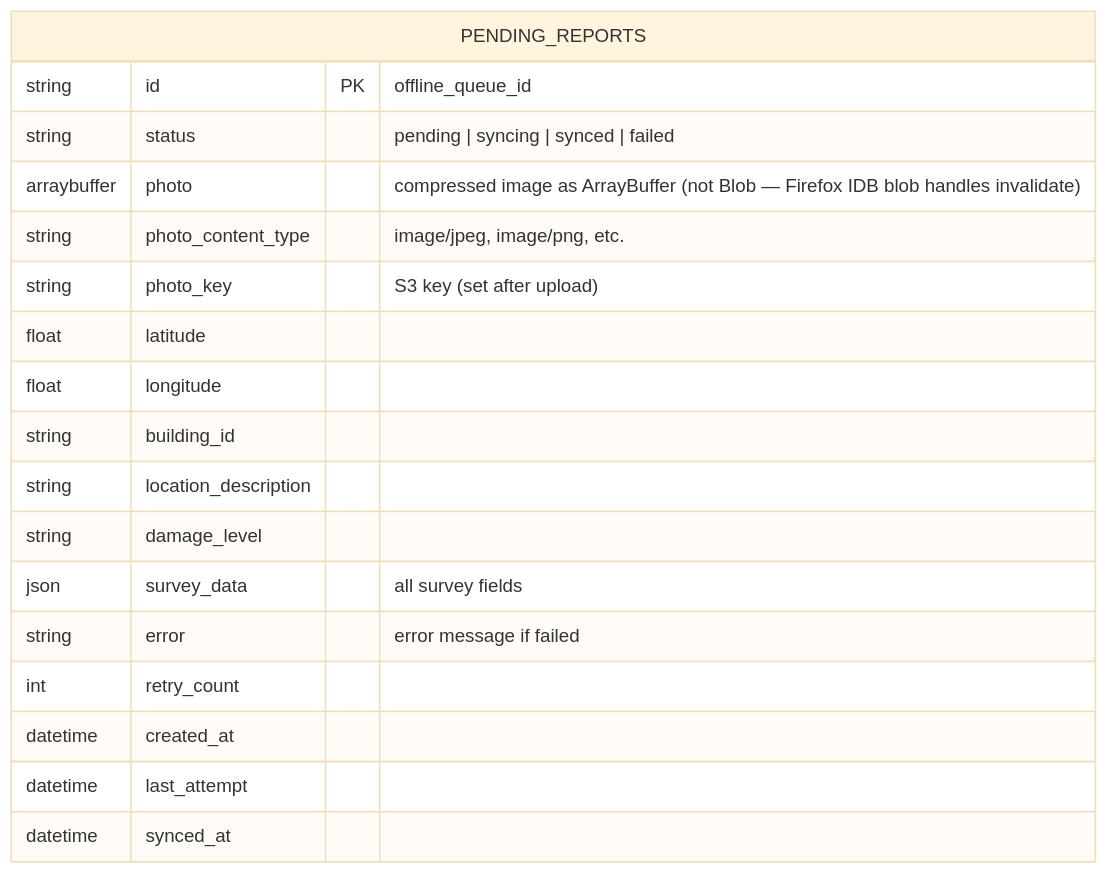
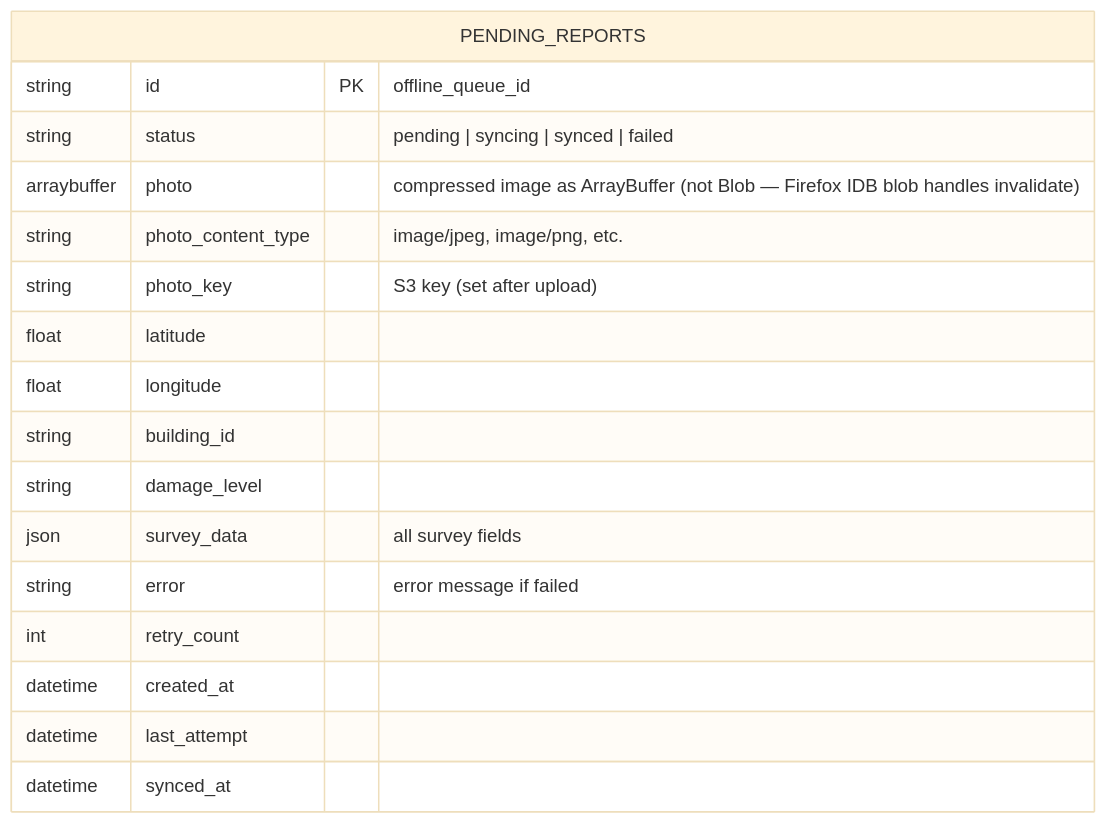
Before and after one commit to foad/terra: the tenth of 10 diagrams in docs/offline-connectivity-scenarios.md, drawn with Mermaid (base theme). The commit also changed 34 other files, not shown here.

````diff
--- a/docs/offline-connectivity-scenarios.md
+++ b/docs/offline-connectivity-scenarios.md
@@ -268,21 +268,20 @@
 ```mermaid
 erDiagram
     PENDING_REPORTS {
         string id PK "offline_queue_id"
         string status "pending | syncing | synced | failed"
         arraybuffer photo "compressed image as ArrayBuffer (not Blob — Firefox IDB blob handles invalidate)"
         string photo_content_type "image/jpeg, image/png, etc."
         string photo_key "S3 key (set after upload)"
         float latitude
         float longitude
         string building_id
-        string location_description
         string damage_level
         json survey_data "all survey fields"
         string error "error message if failed"
         int retry_count
         datetime created_at
         datetime last_attempt
         datetime synced_at
     }
 ```
````
